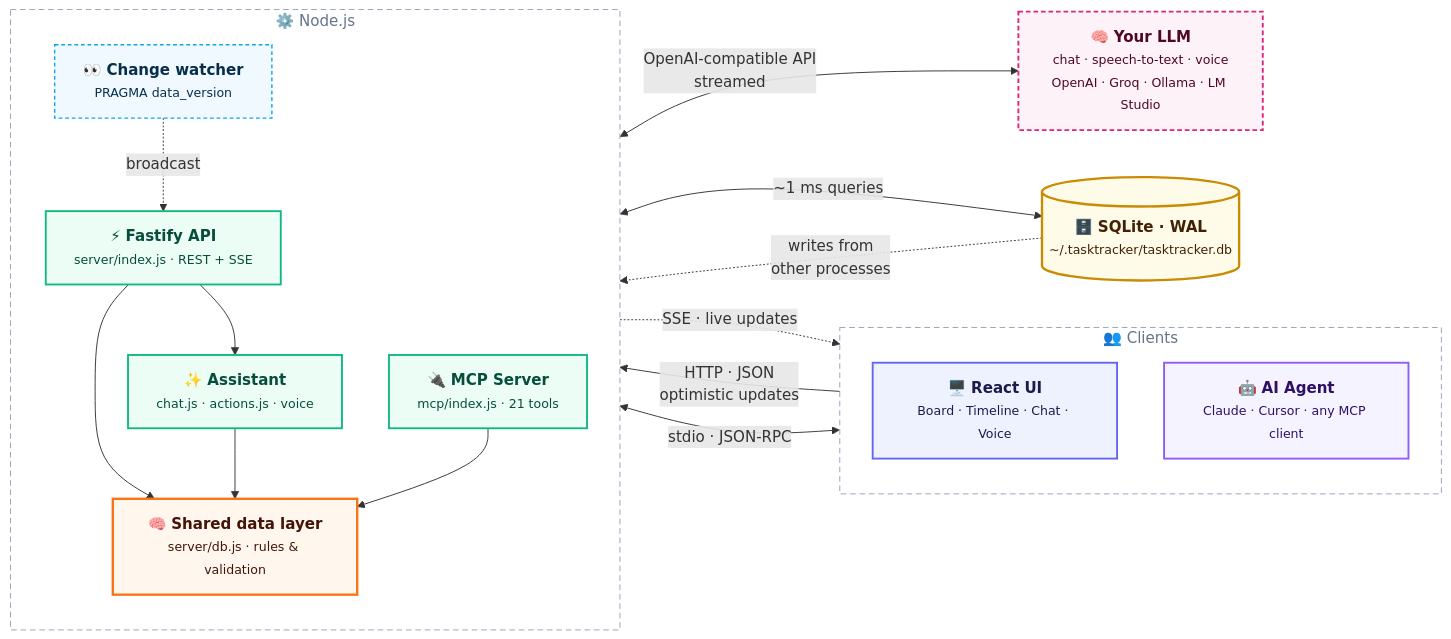
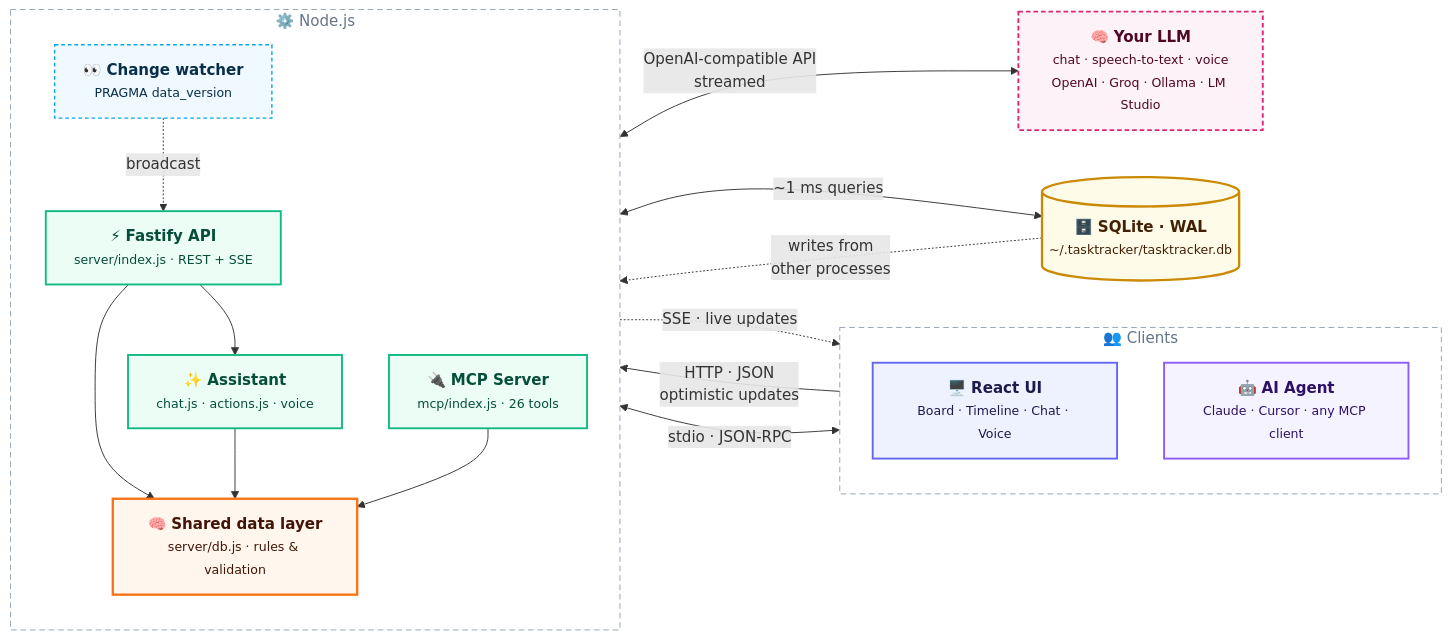
The first of 4 diagrams in data/readmes/Parv17k__tasktracker.md (zqf20096327/dbhub_collect), drawn with Mermaid before and after one commit. The commit also changed other lines of this file and 404 other files, not shown here.

````diff
--- a/data/readmes/Parv17k__tasktracker.md
+++ b/data/readmes/Parv17k__tasktracker.md
@@ -375,51 +398,51 @@
 ```mermaid
 flowchart LR
     subgraph clients["&nbsp;👥 Clients&nbsp;"]
         direction TB
         UI["🖥️ <b>React UI</b><br/><small>Board · Timeline · Chat · Voice</small>"]
         AGENT["🤖 <b>AI Agent</b><br/><small>Claude · Cursor · any MCP client</small>"]
     end
 
     subgraph node["&nbsp;⚙️ Node.js&nbsp;"]
         direction TB
         API["⚡ <b>Fastify API</b><br/><small>server/index.js · REST + SSE</small>"]
         CHAT["✨ <b>Assistant</b><br/><small>chat.js · actions.js · voice</small>"]
-        MCP["🔌 <b>MCP Server</b><br/><small>mcp/index.js · 21 tools</small>"]
+        MCP["🔌 <b>MCP Server</b><br/><small>mcp/index.js · 26 tools</small>"]
         CORE["🧠 <b>Shared data layer</b><br/><small>server/db.js · rules &amp; validation</small>"]
         WATCH["👀 <b>Change watcher</b><br/><small>PRAGMA data_version</small>"]
     end
 
     DB[("🗄️ <b>SQLite · WAL</b><br/><small>~/.tasktracker/tasktracker.db</small>")]
     LLM["🧠 <b>Your LLM</b><br/><small>chat · speech-to-text · voice<br/>OpenAI · Groq · Ollama · LM Studio</small>"]
 
     UI -->|"HTTP · JSON<br/>optimistic updates"| API
     API -.->|"SSE · live updates"| UI
     AGENT <-->|"stdio · JSON-RPC"| MCP
     API --> CORE
     API --> CHAT
     CHAT --> CORE
     CHAT <-->|"OpenAI-compatible API<br/>streamed"| LLM
     MCP --> CORE
     CORE <-->|"~1 ms queries"| DB
     DB -.->|"writes from<br/>other processes"| WATCH
     WATCH -.->|"broadcast"| API
 
     classDef client fill:#eef2ff,stroke:#6366f1,stroke-width:2px,color:#1e1b4b
     classDef agent fill:#f5f3ff,stroke:#8b5cf6,stroke-width:2px,color:#2e1065
     classDef server fill:#ecfdf5,stroke:#10b981,stroke-width:2px,color:#064e3b
     classDef core fill:#fff7ed,stroke:#f97316,stroke-width:2.5px,color:#431407
     classDef watch fill:#f0f9ff,stroke:#0ea5e9,stroke-width:1.5px,stroke-dasharray:4 3,color:#082f49
     classDef db fill:#fefce8,stroke:#ca8a04,stroke-width:2.5px,color:#422006
     classDef llm fill:#fdf2f8,stroke:#db2777,stroke-width:2px,stroke-dasharray:5 3,color:#500724
 
     class UI client
     class AGENT agent
     class API,MCP,CHAT server
     class CORE core
     class WATCH watch
     class DB db
     class LLM llm
 
     style clients fill:transparent,stroke:#94a3b8,stroke-width:1px,stroke-dasharray:6 4,color:#64748b
     style node fill:transparent,stroke:#94a3b8,stroke-width:1px,stroke-dasharray:6 4,color:#64748b
 ```
````
